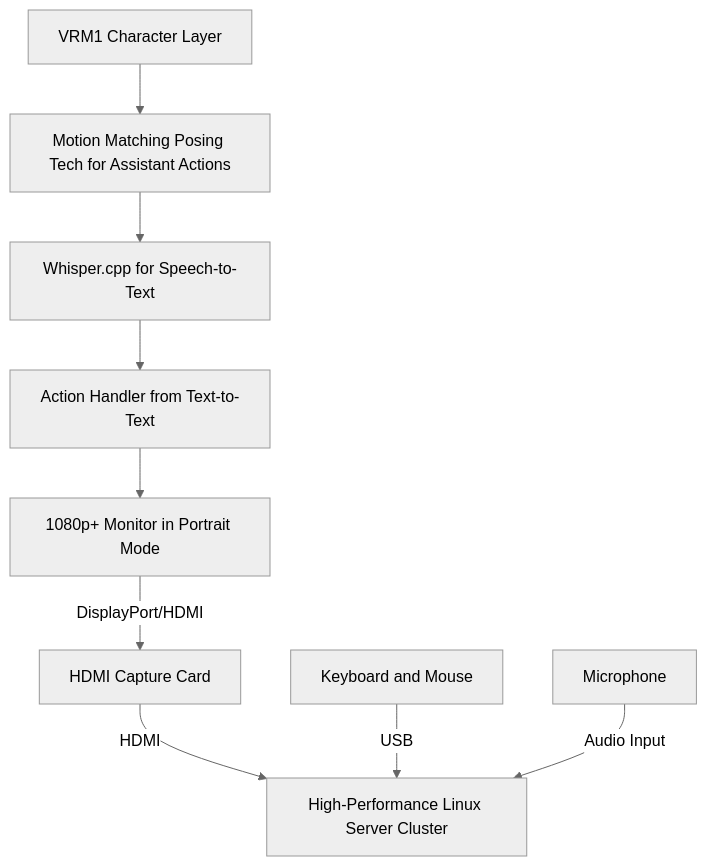
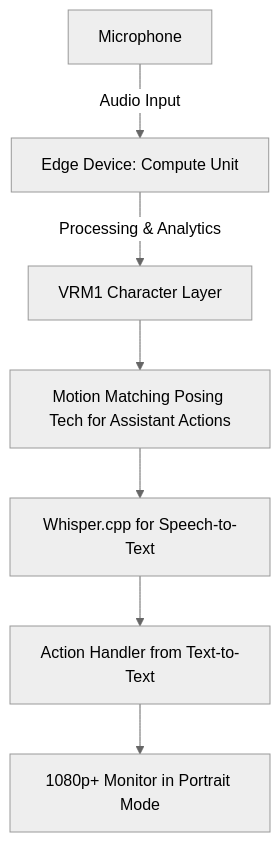
The diagram in prototypes/20230908-bendable-screen-generative-assistant.md (V-Sekai/manuals), drawn with Mermaid (neutral theme) before and after one commit.

Commit message:
Clarify the diagram.

````diff
--- a/prototypes/20230908-bendable-screen-generative-assistant.md
+++ b/prototypes/20230908-bendable-screen-generative-assistant.md
@@ -50,10 +50,9 @@
 ```mermaid
 graph TD
-A[VRM1 Character Layer] --> B[Motion Matching Posing Tech for Assistant Actions]
-B --> C[Whisper.cpp for Speech-to-Text]
-C --> D[Action Handler from Text-to-Text]
-D --> E[1080p+ Monitor in Portrait Mode] -- DisplayPort/HDMI --> F[HDMI Capture Card]
-F -- HDMI --> G[High-Performance Linux Server Cluster]
-H[Keyboard and Mouse] -- USB --> G
-I[Microphone] -- Audio Input --> G
+A[Edge Device: Compute Unit] -->|Processing & Analytics| B[VRM1 Character Layer]
+B --> C[Motion Matching Posing Tech for Assistant Actions]
+C --> D[Whisper.cpp for Speech-to-Text]
+D --> E[Action Handler from Text-to-Text]
+E --> F[1080p+ Monitor in Portrait Mode]
+H[Microphone] -- Audio Input --> A
 ```
````
